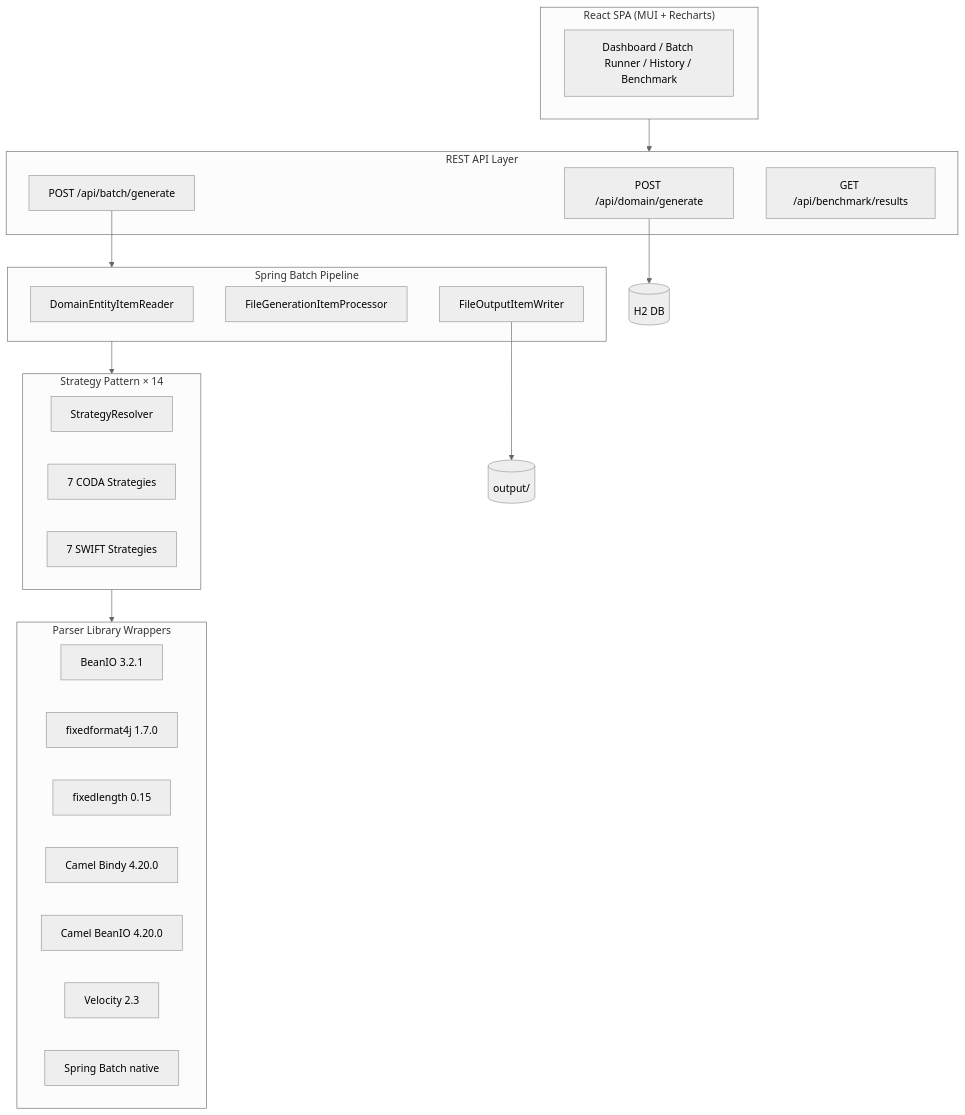
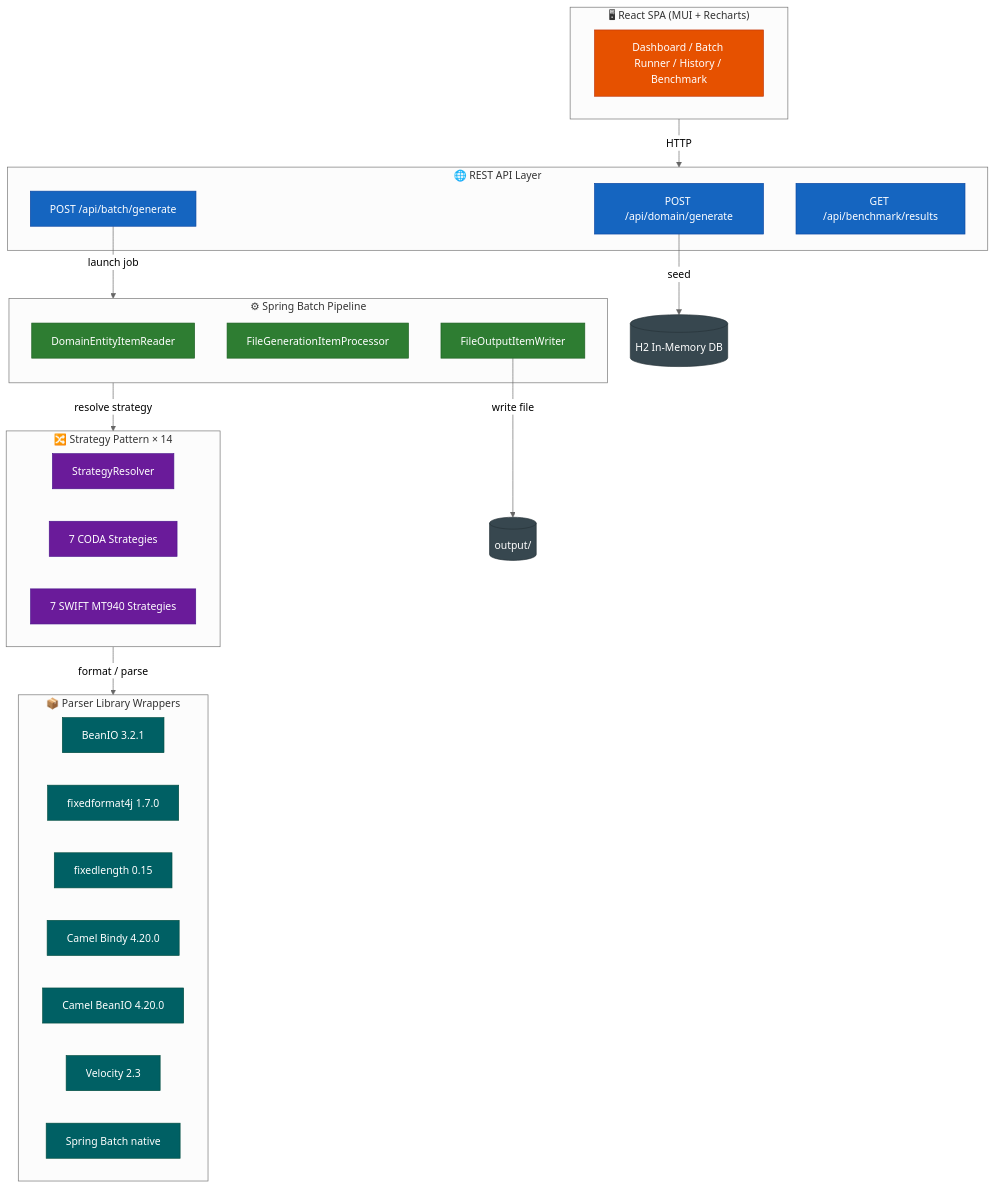
Before and after one commit to wallaceespindola/fixed-length-converters: the diagram in README.md, drawn with Mermaid (neutral theme). The commit also changed other lines of this file and 2 other files, not shown here.

Commit message:
docs: add CODA/SWIFT badges and color-themed architecture diagram to README
- Added Febelfin CODA and SWIFT MT940 shields.io badges to the header badge row
- Enhanced Mermaid architecture diagram with per-layer classDef color theming
  (Frontend orange, API blue, Batch green, Strategy purple, Parsers teal, Storage grey)
- Added labeled data-flow arrows (HTTP, seed, launch job, resolve strategy, etc.)
- Updated CHANGELOG with documentation change entry
- Updated CLAUDE.md to record the orange frontend theme detail

````diff
--- a/README.md
+++ b/README.md
@@ -30,36 +32,51 @@
 ```mermaid
 graph TB
-    subgraph Frontend["React SPA (MUI + Recharts)"]
+    classDef frontendStyle fill:#e65100,stroke:#bf360c,color:#fff
+    classDef apiStyle fill:#1565c0,stroke:#0d47a1,color:#fff
+    classDef batchStyle fill:#2e7d32,stroke:#1b5e20,color:#fff
+    classDef strategyStyle fill:#6a1b9a,stroke:#4a148c,color:#fff
+    classDef parserStyle fill:#006064,stroke:#004d40,color:#fff
+    classDef storageStyle fill:#37474f,stroke:#263238,color:#fff
+
+    subgraph Frontend["🖥 React SPA (MUI + Recharts)"]
         UI[Dashboard / Batch Runner / History / Benchmark]
     end
-    subgraph API["REST API Layer"]
+    subgraph API["🌐 REST API Layer"]
         DC[POST /api/domain/generate]
         BC[POST /api/batch/generate]
         BNC[GET /api/benchmark/results]
     end
-    subgraph Batch["Spring Batch Pipeline"]
+    subgraph Batch["⚙ Spring Batch Pipeline"]
         READER[DomainEntityItemReader]
         PROC[FileGenerationItemProcessor]
         WRITER[FileOutputItemWriter]
     end
-    subgraph Strategy["Strategy Pattern × 14"]
+    subgraph Strategy["🔀 Strategy Pattern × 14"]
         SR[StrategyResolver]
         C7[7 CODA Strategies]
-        S7[7 SWIFT Strategies]
+        S7[7 SWIFT MT940 Strategies]
     end
-    subgraph Parsers["Parser Library Wrappers"]
+    subgraph Parsers["📦 Parser Library Wrappers"]
         BIO[BeanIO 3.2.1]
         FF4J[fixedformat4j 1.7.0]
         VL[fixedlength 0.15]
         BINDY[Camel Bindy 4.20.0]
         CBIO[Camel BeanIO 4.20.0]
         VEL[Velocity 2.3]
         SB[Spring Batch native]
     end
-    Frontend --> API
-    DC --> H2[(H2 DB)]
-    BC --> Batch
-    Batch --> Strategy
-    Strategy --> Parsers
-    WRITER --> output[(output/)]
+
+    Frontend -->|HTTP| API
+    DC -->|seed| H2[(H2 In-Memory DB)]
+    BC -->|launch job| Batch
+    Batch -->|resolve strategy| Strategy
+    Strategy -->|format / parse| Parsers
+    WRITER -->|write file| output[(output/)]
+
+    class UI frontendStyle
+    class DC,BC,BNC apiStyle
+    class READER,PROC,WRITER batchStyle
+    class SR,C7,S7 strategyStyle
+    class BIO,FF4J,VL,BINDY,CBIO,VEL,SB parserStyle
+    class H2,output storageStyle
 ```
````
